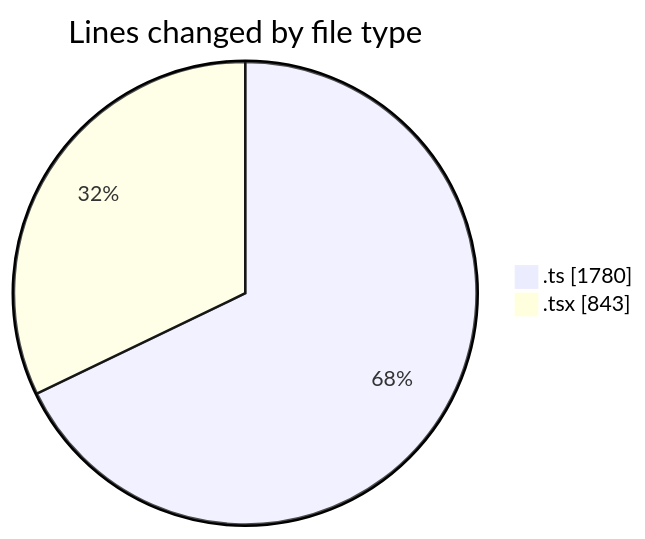
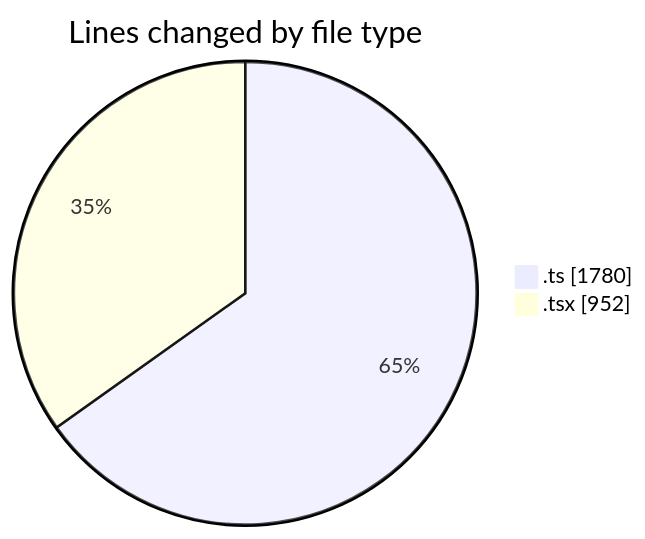
One commit to JenPaints/code-tracking changed the first of 2 diagrams in 2025-06-22/archive/README.md. Above: the diagram before and after it, drawn with Mermaid. The commit also changed other lines of this file and 1 other file, not shown here.

````diff
--- a/2025-06-22/archive/README.md
+++ b/2025-06-22/archive/README.md
@@ -25,6 +26,6 @@
 ```mermaid
 pie showData
 title Lines changed by file type
 ".ts" : 1780
-".tsx" : 843
+".tsx" : 952
 ```
````
